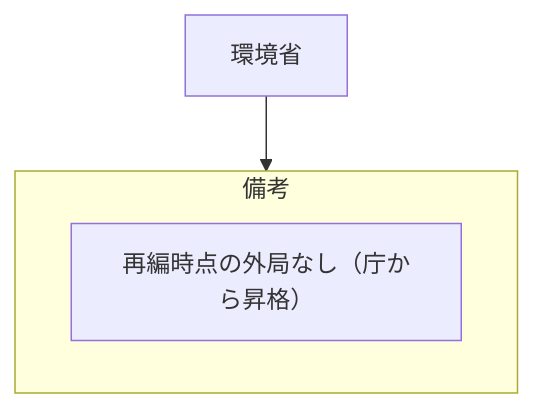
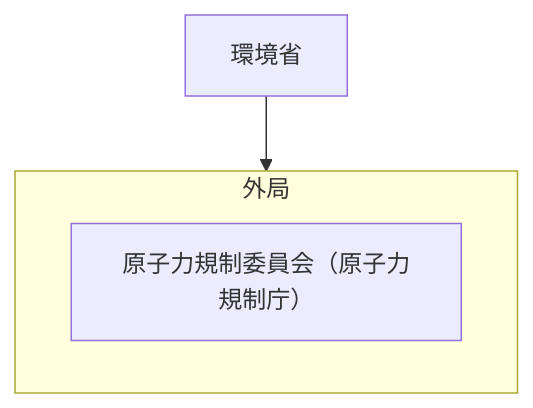
One commit to tatemaru/jp-admin-org-chart changed the diagram in 行政機構/環境省/README.md. Above: the diagram before and after it, drawn with Mermaid. The commit also changed 1 other file, not shown here.

Commit message:
feat(原子力規制委員会): 原子力規制委員会を設置
根拠: 原子力規制委員会設置法
施行: 2012-09-19
出典: https://laws.e-gov.go.jp/law/424AC0000000047

種別: 設置

````diff
--- a/行政機構/環境省/README.md
+++ b/行政機構/環境省/README.md
@@ -5,8 +5,8 @@
 ```mermaid
 flowchart TB
   root["環境省"]
-  subgraph g0["備考"]
-    n0_0["再編時点の外局なし（庁から昇格）"]
+  subgraph g0["外局"]
+    n0_0["原子力規制委員会（原子力規制庁）"]
   end
   root --> g0
 ```
````
